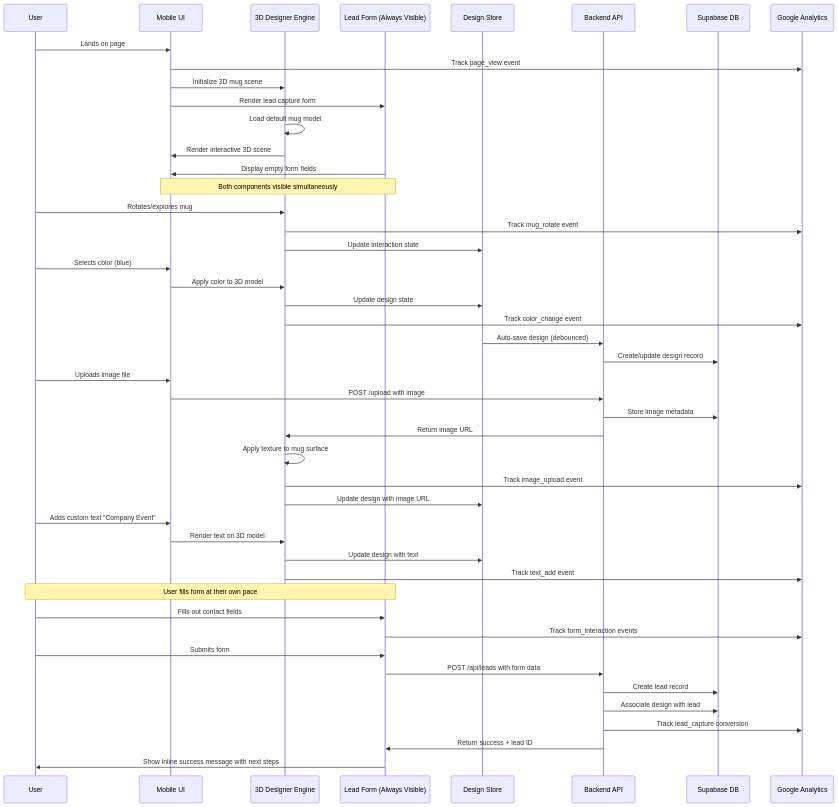
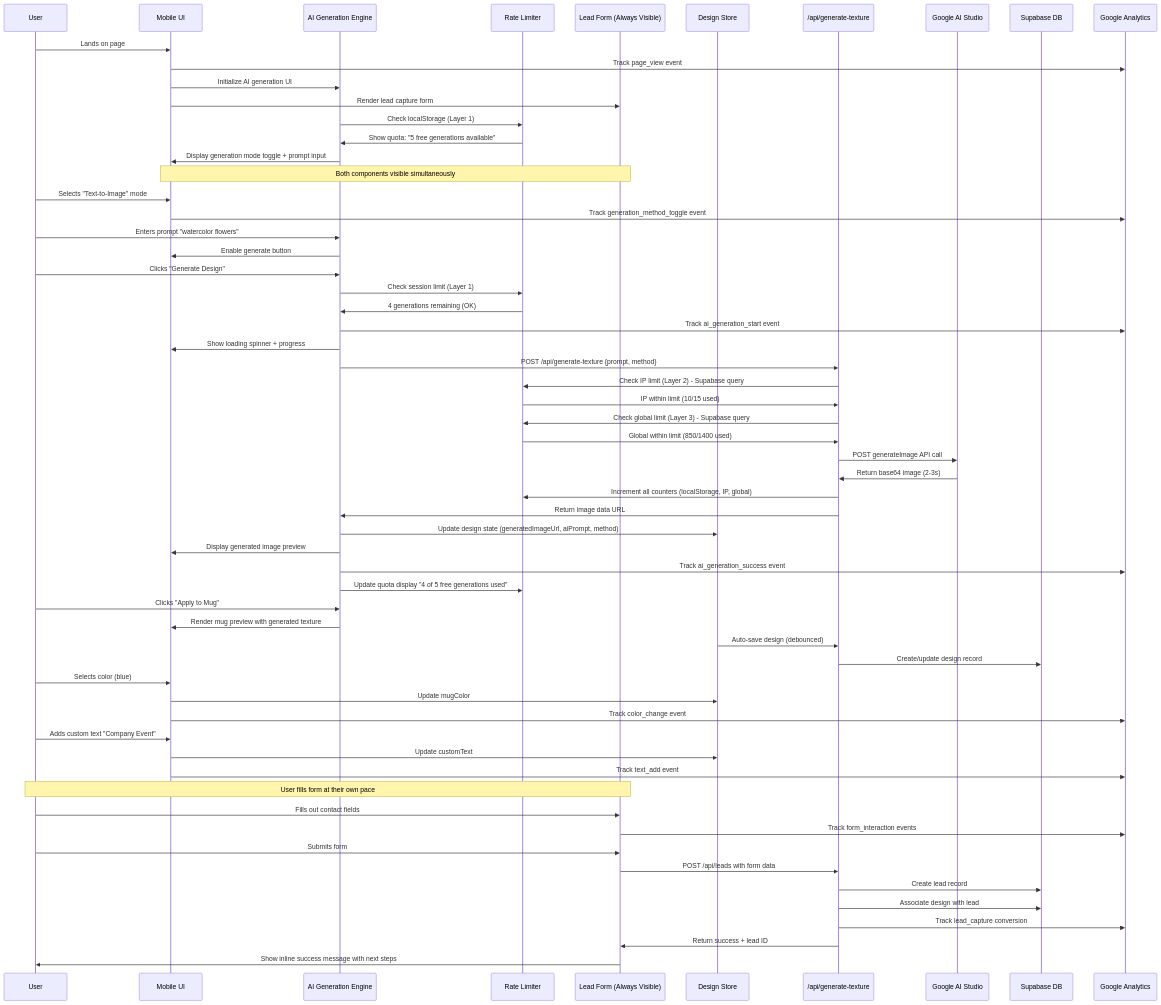
The second of 5 diagrams in docs/architecture.md (prietto/3d_mug_bemad_method), drawn with Mermaid before and after one commit. The commit also changed other lines of this file and 85 other files, not shown here.

````diff
--- a/docs/architecture.md
+++ b/docs/architecture.md
@@ -776,58 +978,78 @@
 ```mermaid
 sequenceDiagram
     participant U as User
     participant UI as Mobile UI
-    participant 3D as 3D Designer Engine
+    participant AIGen as AI Generation Engine
+    participant RateLimit as Rate Limiter
     participant Form as Lead Form (Always Visible)
     participant Store as Design Store
-    participant API as Backend API
+    participant API as /api/generate-texture
+    participant GoogleAI as Google AI Studio
     participant DB as Supabase DB
     participant GA as Google Analytics
 
     U->>UI: Lands on page
     UI->>GA: Track page_view event
-    UI->>3D: Initialize 3D mug scene
+    UI->>AIGen: Initialize AI generation UI
     UI->>Form: Render lead capture form
-    3D->>3D: Load default mug model
-    3D->>UI: Render interactive 3D scene
-    Form->>UI: Display empty form fields
+    AIGen->>RateLimit: Check localStorage (Layer 1)
+    RateLimit->>AIGen: Show quota: "5 free generations available"
+    AIGen->>UI: Display generation mode toggle + prompt input
 
     Note over UI,Form: Both components visible simultaneously
 
-    U->>3D: Rotates/explores mug
-    3D->>GA: Track mug_rotate event
-    3D->>Store: Update interaction state
+    U->>UI: Selects "Text-to-Image" mode
+    UI->>GA: Track generation_method_toggle event
 
-    U->>UI: Selects color (blue)
-    UI->>3D: Apply color to 3D model
-    3D->>Store: Update design state
-    3D->>GA: Track color_change event
+    U->>AIGen: Enters prompt "watercolor flowers"
+    AIGen->>UI: Enable generate button
+
+    U->>AIGen: Clicks "Generate Design"
+    AIGen->>RateLimit: Check session limit (Layer 1)
+    RateLimit->>AIGen: 4 generations remaining (OK)
+    AIGen->>GA: Track ai_generation_start event
+    AIGen->>UI: Show loading spinner + progress
+
+    AIGen->>API: POST /api/generate-texture {prompt, method}
+    API->>RateLimit: Check IP limit (Layer 2) - Supabase query
+    RateLimit->>API: IP within limit (10/15 used)
+    API->>RateLimit: Check global limit (Layer 3) - Supabase query
+    RateLimit->>API: Global within limit (850/1400 used)
+
+    API->>GoogleAI: POST generateImage API call
+    GoogleAI->>API: Return base64 image (2-3s)
+
+    API->>RateLimit: Increment all counters (localStorage, IP, global)
+    API->>AIGen: Return image data URL
+
+    AIGen->>Store: Update design state (generatedImageUrl, aiPrompt, method)
+    AIGen->>UI: Display generated image preview
+    AIGen->>GA: Track ai_generation_success event
+    AIGen->>RateLimit: Update quota display "4 of 5 free generations used"
+
+    U->>AIGen: Clicks "Apply to Mug"
+    AIGen->>UI: Render mug preview with generated texture
     Store->>API: Auto-save design (debounced)
     API->>DB: Create/update design record
 
-    U->>UI: Uploads image file
-    UI->>API: POST /upload with image
-    API->>DB: Store image metadata
-    API->>3D: Return image URL
-    3D->>3D: Apply texture to mug surface
-    3D->>GA: Track image_upload event
-    3D->>Store: Update design with image URL
+    U->>UI: Selects color (blue)
+    UI->>Store: Update mugColor
+    UI->>GA: Track color_change event
 
     U->>UI: Adds custom text "Company Event"
-    UI->>3D: Render text on 3D model
-    3D->>Store: Update design with text
-    3D->>GA: Track text_add event
+    UI->>Store: Update customText
+    UI->>GA: Track text_add event
 
     Note over U,Form: User fills form at their own pace
 
     U->>Form: Fills out contact fields
     Form->>GA: Track form_interaction events
     U->>Form: Submits form
     Form->>API: POST /api/leads with form data
     API->>DB: Create lead record
     API->>DB: Associate design with lead
     API->>GA: Track lead_capture conversion
     API->>Form: Return success + lead ID
 
     Form->>U: Show inline success message with next steps
 ```
````
